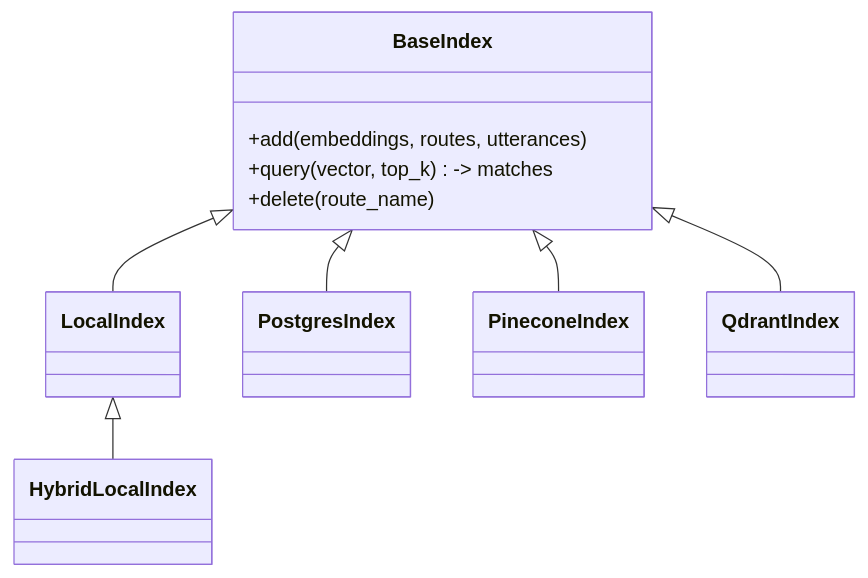
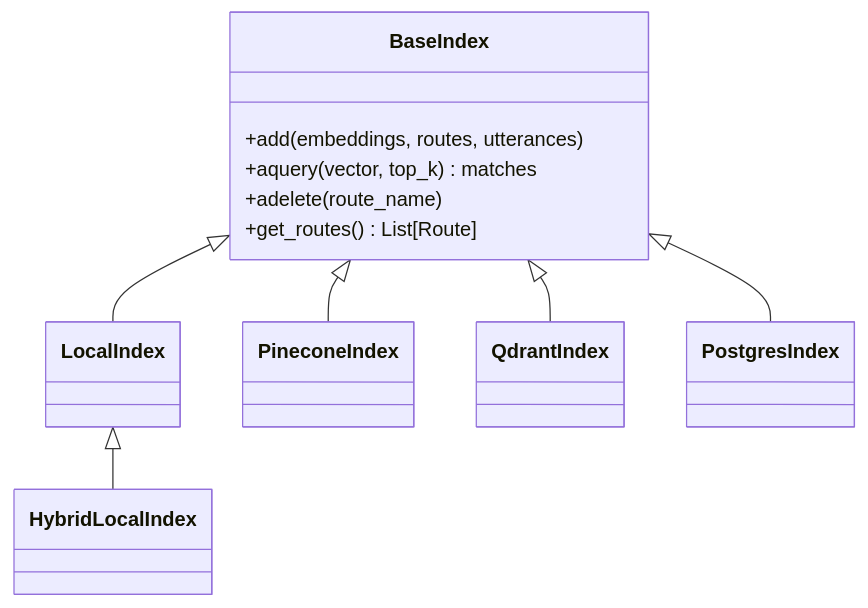
The fifth of 7 diagrams in semantic-router/v1/user-guide/concepts/architecture.mdx (aurelio-labs/docs), drawn with Mermaid before and after one commit. The commit also changed other lines of this file and 63 other files, not shown here.

````diff
--- a/semantic-router/v1/user-guide/concepts/architecture.mdx
+++ b/semantic-router/v1/user-guide/concepts/architecture.mdx
@@ -75,13 +92,14 @@
 ```mermaid
 classDiagram
     class BaseIndex {
         +add(embeddings, routes, utterances)
-        +query(vector, top_k) -> matches
-        +delete(route_name)
+        +aquery(vector, top_k) matches
+        +adelete(route_name)
+        +get_routes() List[Route]
     }
     BaseIndex <|-- LocalIndex
-    BaseIndex <|-- PostgresIndex 
+    LocalIndex <|-- HybridLocalIndex
     BaseIndex <|-- PineconeIndex
     BaseIndex <|-- QdrantIndex
-    LocalIndex <|-- HybridLocalIndex
+    BaseIndex <|-- PostgresIndex
 ```
````
